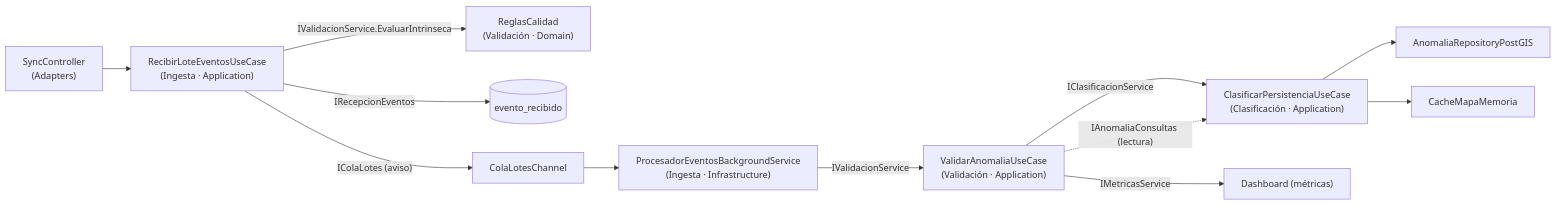
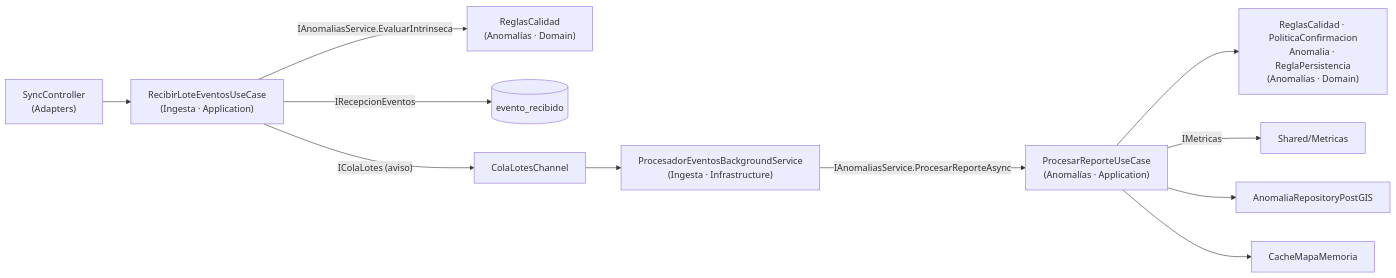
The second of 3 diagrams in docs/02-arquitectura-de-software/enfoque-arquitectonico.md (Crisso29/KillaUru_Sprint01), drawn with Mermaid before and after one commit. The commit also changed other lines of this file and 12 other files, not shown here.

````diff
--- a/docs/02-arquitectura-de-software/enfoque-arquitectonico.md
+++ b/docs/02-arquitectura-de-software/enfoque-arquitectonico.md
@@ -163,14 +170,13 @@
 ```mermaid
 flowchart LR
     SC["SyncController<br/>(Adapters)"] --> RL["RecibirLoteEventosUseCase<br/>(Ingesta · Application)"]
-    RL -- "IValidacionService.EvaluarIntrinseca" --> VAL0["ReglasCalidad<br/>(Validación · Domain)"]
+    RL -- "IAnomaliasService.EvaluarIntrinseca" --> VAL0["ReglasCalidad<br/>(Anomalías · Domain)"]
     RL -- "IRecepcionEventos" --> RE[("evento_recibido")]
     RL -- "IColaLotes (aviso)" --> Q["ColaLotesChannel"]
     Q --> BG["ProcesadorEventosBackgroundService<br/>(Ingesta · Infrastructure)"]
-    BG -- "IValidacionService" --> VA["ValidarAnomaliaUseCase<br/>(Validación · Application)"]
-    VA -- "IClasificacionService" --> CL["ClasificarPersistenciaUseCase<br/>(Clasificación · Application)"]
-    VA -. "IAnomaliaConsultas (lectura)" .-> CL
-    VA -- "IMetricasService" --> DA["Dashboard (métricas)"]
-    CL --> RP["AnomaliaRepositoryPostGIS"]
-    CL --> CA["CacheMapaMemoria"]
+    BG -- "IAnomaliasService.ProcesarReporteAsync" --> PR["ProcesarReporteUseCase<br/>(Anomalías · Application)"]
+    PR --> DOM["ReglasCalidad · PoliticaConfirmacion<br/>Anomalia · ReglaPersistencia<br/>(Anomalías · Domain)"]
+    PR -- "IMetricas" --> MT["Shared/Metricas"]
+    PR --> RP["AnomaliaRepositoryPostGIS"]
+    PR --> CA["CacheMapaMemoria"]
 ```
````
